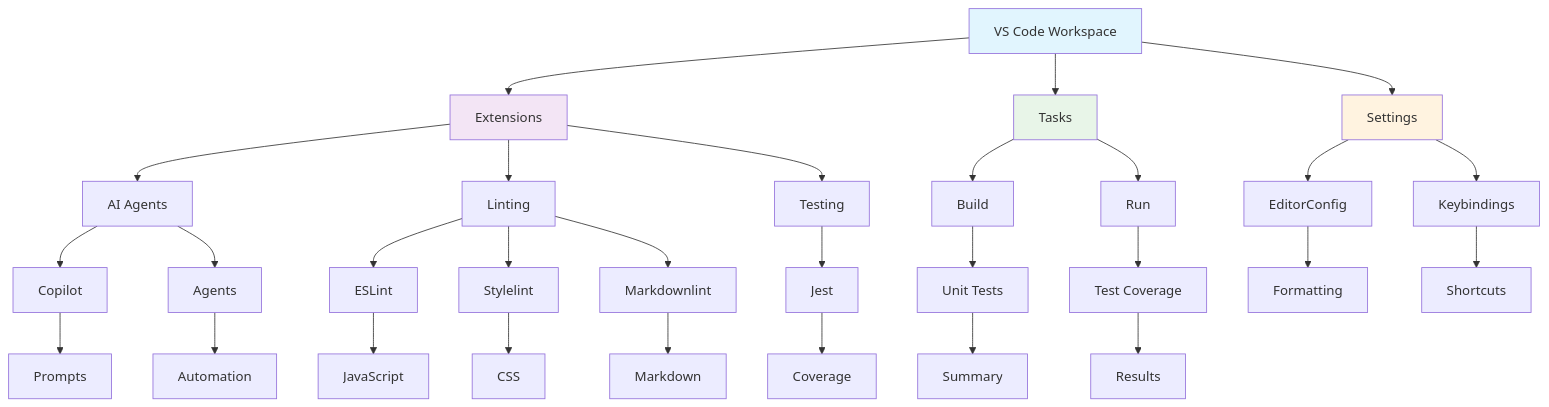
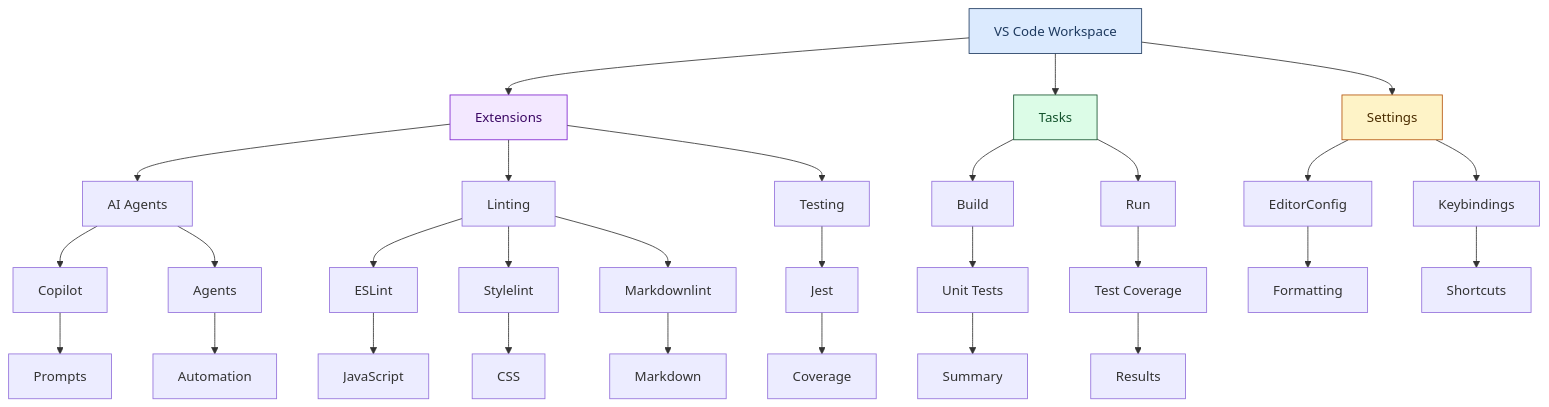
One commit to lightspeedwp/.github changed the diagram in .vscode/README.md. Above: the diagram before and after it, drawn with Mermaid. The commit also changed 28 other files, not shown here.

Commit message:
fix: make mermaid diagrams accessible

````diff
--- a/.vscode/README.md
+++ b/.vscode/README.md
@@ -23,40 +23,40 @@
 ```mermaid
 ---
 accTitle: VS Code Workspace Configuration Architecture
 accDescr: Flowchart showing the VS Code workspace hierarchy with three main branches (Extensions, Tasks, Settings) that lead to development tools including AI Agents, Linting tools (ESLint, Stylelint, Markdownlint), Testing (Jest), Build automation, EditorConfig, and Keybindings configuration
 ---
 flowchart TD
     A[VS Code Workspace] --> B[Extensions]
     A --> C[Tasks]
     A --> D[Settings]
     B --> E[AI Agents]
     B --> F[Linting]
     B --> G[Testing]
     C --> H[Build]
     C --> I[Run]
     D --> J[EditorConfig]
     D --> K[Keybindings]
     E --> L[Copilot]
     E --> M[Agents]
     F --> N[ESLint]
     F --> O[Stylelint]
     F --> P[Markdownlint]
     G --> Q[Jest]
     H --> S[Unit Tests]
     I --> T[Test Coverage]
     J --> U[Formatting]
     K --> V[Shortcuts]
     L --> W[Prompts]
     M --> X[Automation]
     N --> Y[JavaScript]
     O --> Z[CSS]
     P --> AA[Markdown]
     Q --> AB[Coverage]
     S --> AD[Summary]
     T --> AE[Results]
 
-    style A fill:#e1f5fe
-    style B fill:#f3e5f5
-    style C fill:#e8f5e8
-    style D fill:#fff3e0
+    style A fill:#dbeafe,color:#1e3a5f,stroke:#1e3a5f
+    style B fill:#f3e8ff,color:#3b0764,stroke:#7e22ce
+    style C fill:#dcfce7,color:#14532d,stroke:#14532d
+    style D fill:#fef3c7,color:#4a2c00,stroke:#b45309
 ```
````
